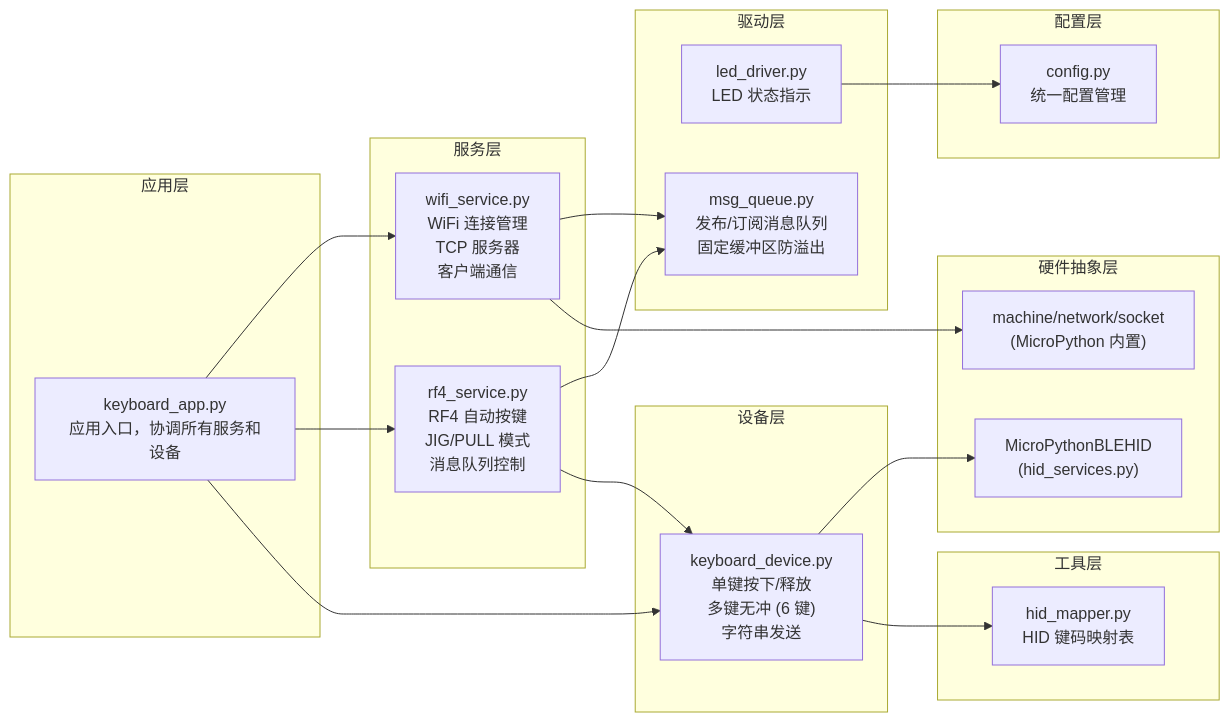
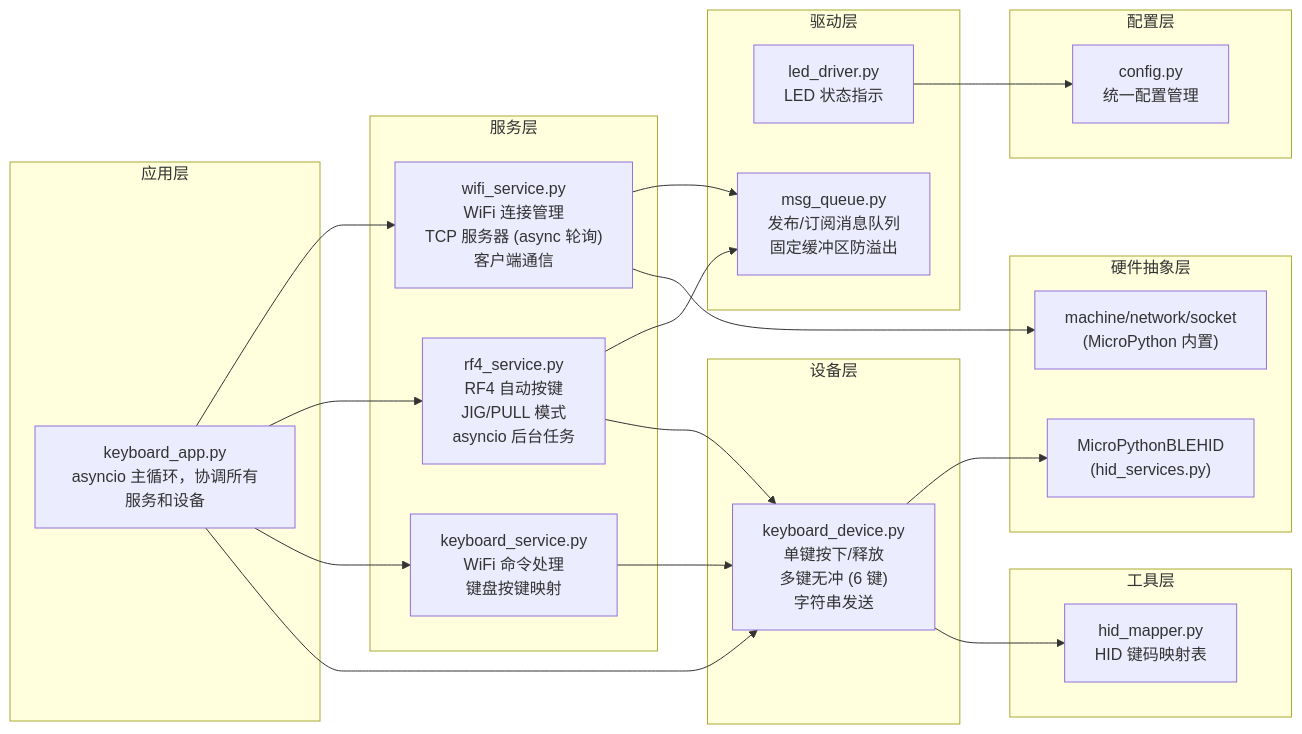
One commit to Ts-sound/esp32-python-keyboard changed the first of 6 diagrams in docs/design/README.md. Above: the diagram before and after it, drawn with Mermaid. The commit also changed other lines of this file and 1 other file, not shown here.

First line of the commit message:
docs: update architecture docs and add JSON message format proposal

````diff
--- a/docs/design/README.md
+++ b/docs/design/README.md
@@ -9,44 +9,47 @@
 ```mermaid
 flowchart LR
     subgraph App["应用层"]
-        KA["keyboard_app.py<br/>应用入口，协调所有服务和设备"]
+        KA["keyboard_app.py<br/>asyncio 主循环，协调所有服务和设备"]
     end
     
     subgraph Services["服务层"]
-        WS["wifi_service.py<br/>WiFi 连接管理<br/>TCP 服务器<br/>客户端通信"]
-        RS["rf4_service.py<br/>RF4 自动按键<br/>JIG/PULL 模式<br/>消息队列控制"]
+        WS["wifi_service.py<br/>WiFi 连接管理<br/>TCP 服务器 (async 轮询)<br/>客户端通信"]
+        RS["rf4_service.py<br/>RF4 自动按键<br/>JIG/PULL 模式<br/>asyncio 后台任务"]
+        KS["keyboard_service.py<br/>WiFi 命令处理<br/>键盘按键映射"]
     end
     
     subgraph Devices["设备层"]
         KD["keyboard_device.py<br/>单键按下/释放<br/>多键无冲 (6 键)<br/>字符串发送"]
     end
     
     subgraph Drivers["驱动层"]
         LD["led_driver.py<br/>LED 状态指示"]
         MQ["msg_queue.py<br/>发布/订阅消息队列<br/>固定缓冲区防溢出"]
     end
     
     subgraph Config["配置层"]
         CFG["config.py<br/>统一配置管理"]
     end
     
     subgraph Utils["工具层"]
         HM["hid_mapper.py<br/>HID 键码映射表"]
     end
     
     subgraph Hardware["硬件抽象层"]
         MPH["MicroPythonBLEHID<br/>(hid_services.py)"]
         NATIVE["machine/network/socket<br/>(MicroPython 内置)"]
     end
     
     KA --> WS
     KA --> RS
+    KA --> KS
     WS --> MQ
     RS --> MQ
     RS --> KD
+    KS --> KD
     KA --> KD
     KD --> MPH
     WS --> NATIVE
     KD --> HM
     LD --> CFG
 ```
````
